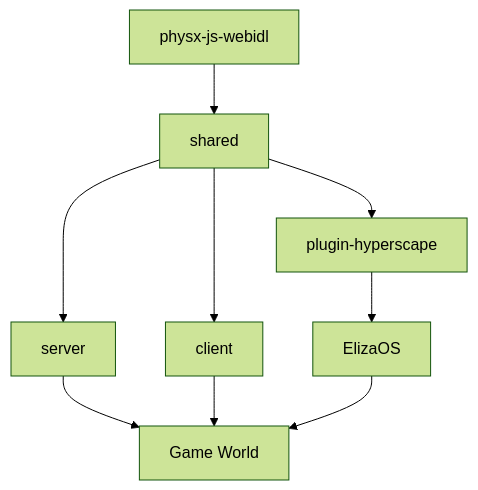
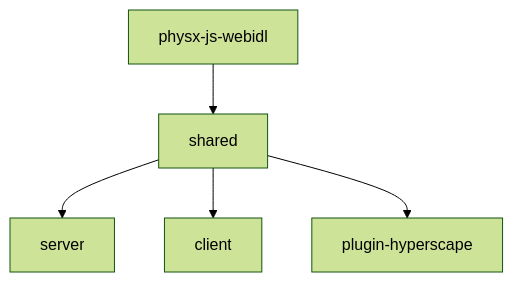
One commit to HyperscapeAI/docs changed the second of 2 diagrams in index.mdx. Above: the diagram before and after it, drawn with Mermaid (forest theme). The commit also changed other lines of this file, not shown here.

````diff
--- a/index.mdx
+++ b/index.mdx
@@ -102,12 +125,7 @@
 ```mermaid
 flowchart TD
     A[physx-js-webidl] --> B[shared]
     B --> C[server]
     B --> D[client]
     B --> E[plugin-hyperscape]
-    
-    C --> F[Game World]
-    D --> F
-    E --> G[ElizaOS]
-    G --> F
 ```
````
